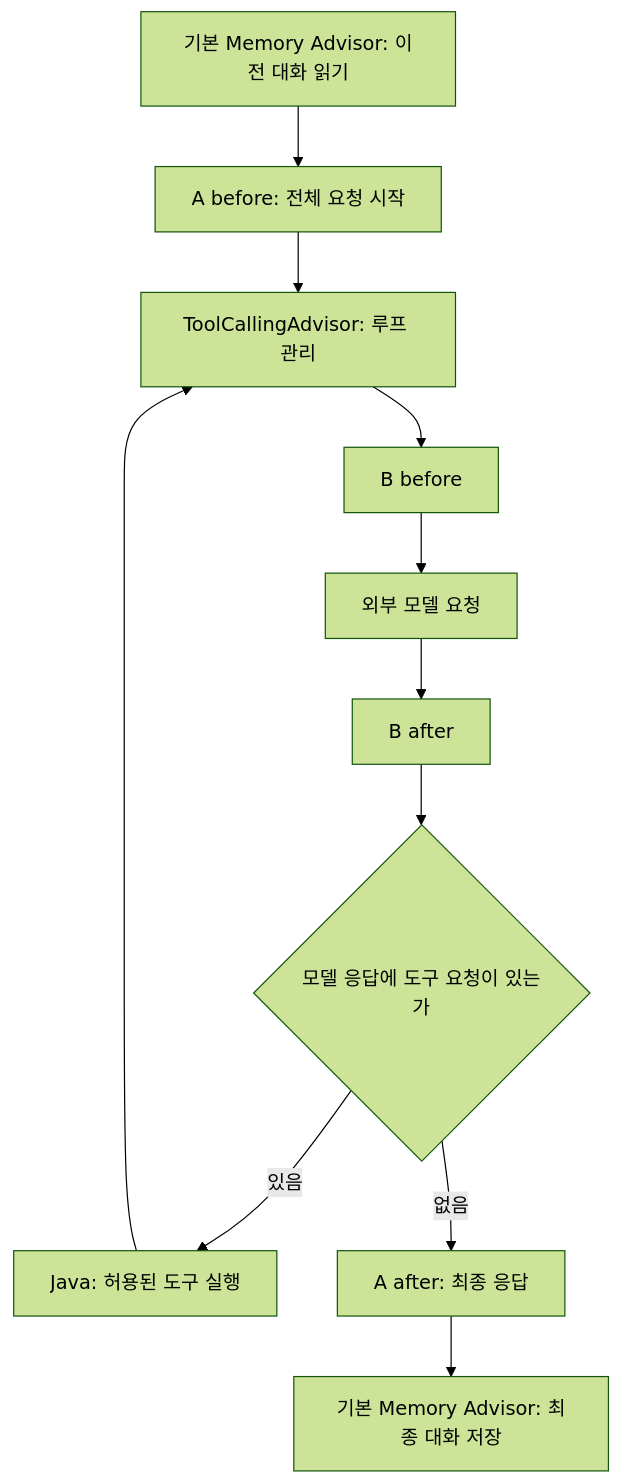
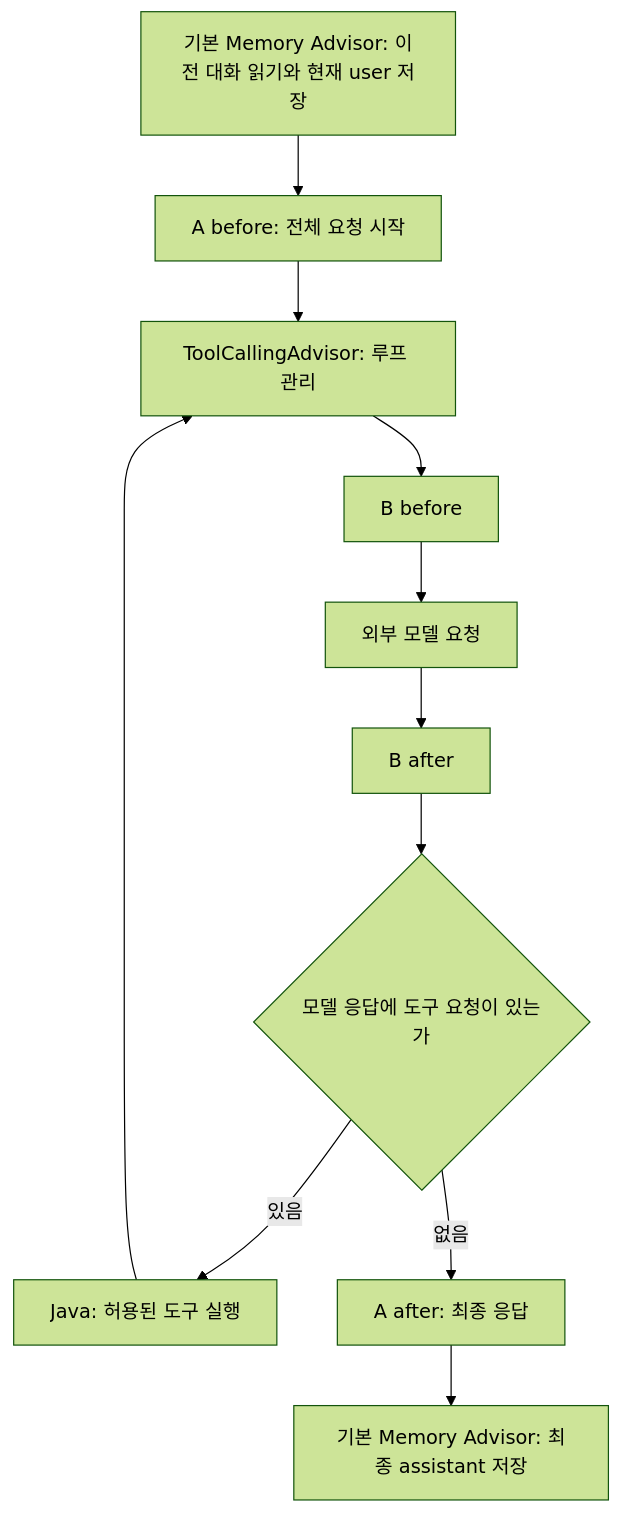
Before and after one commit to Justin-ad-Park/SpringShoppingAI: the diagram in Spring-AI-Agent-Learning/docs/lessons/08-advisors/02-memory-loop.md, drawn with Mermaid (forest theme). The commit also changed other lines of this file and 43 other files, not shown here.

Commit message:
docs: align lessons 03-12 with code and learning sequence

````diff
--- a/Spring-AI-Agent-Learning/docs/lessons/08-advisors/02-memory-loop.md
+++ b/Spring-AI-Agent-Learning/docs/lessons/08-advisors/02-memory-loop.md
@@ -61,13 +61,13 @@
 ```mermaid
 flowchart TD
-    M[기본 Memory Advisor: 이전 대화 읽기] --> A[A before: 전체 요청 시작]
+    M[기본 Memory Advisor: 이전 대화 읽기와 현재 user 저장] --> A[A before: 전체 요청 시작]
     A --> T[ToolCallingAdvisor: 루프 관리]
     T --> B[B before]
     B --> C[외부 모델 요청]
     C --> D[B after]
     D --> Q{모델 응답에 도구 요청이 있는가}
     Q -->|있음| X[Java: 허용된 도구 실행]
     X --> T
     Q -->|없음| R[A after: 최종 응답]
-    R --> S[기본 Memory Advisor: 최종 대화 저장]
+    R --> S[기본 Memory Advisor: 최종 assistant 저장]
 ```
````
